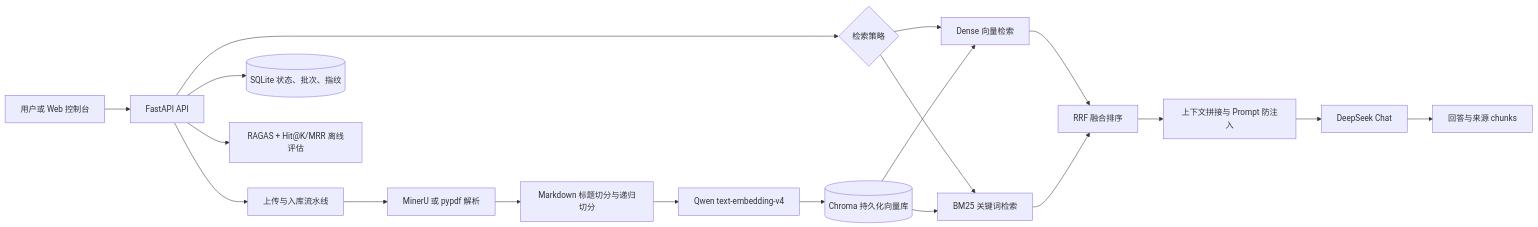
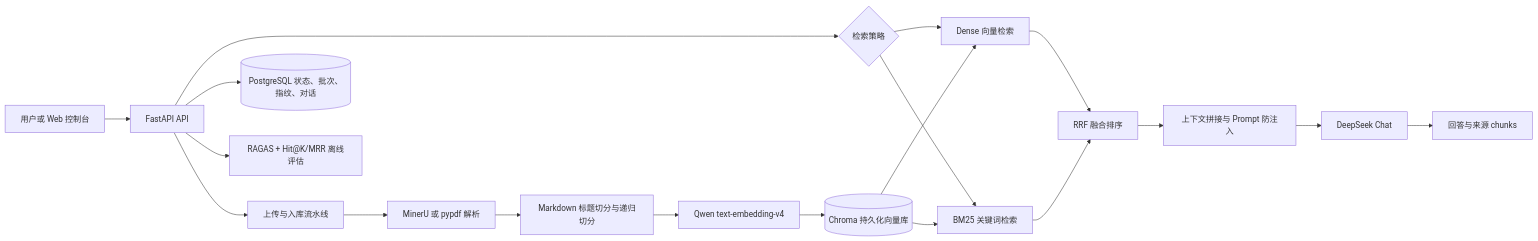
One commit to LutxOVO/enterprise-rag-agent changed the diagram in README.md. Above: the diagram before and after it, drawn with Mermaid. The commit also changed other lines of this file and 30 other files, not shown here.

Commit message:
feat: migrate runtime metadata to PostgreSQL

````diff
--- a/README.md
+++ b/README.md
@@ -11,21 +11,21 @@
 ```mermaid
 flowchart LR
     U[用户或 Web 控制台] --> API[FastAPI API]
     API --> INGEST[上传与入库流水线]
     INGEST --> PARSE[MinerU 或 pypdf 解析]
     PARSE --> SPLIT[Markdown 标题切分与递归切分]
     SPLIT --> EMB[Qwen text-embedding-v4]
     EMB --> CHROMA[(Chroma 持久化向量库)]
     API --> RETRIEVE{检索策略}
     RETRIEVE --> DENSE[Dense 向量检索]
     RETRIEVE --> BM25[BM25 关键词检索]
     DENSE --> RRF[RRF 融合排序]
     BM25 --> RRF
     CHROMA --> DENSE
     CHROMA --> BM25
     RRF --> PROMPT[上下文拼接与 Prompt 防注入]
     PROMPT --> LLM[DeepSeek Chat]
     LLM --> ANSWER[回答与来源 chunks]
-    API --> SQLITE[(SQLite 状态、批次、指纹)]
+    API --> POSTGRES[(PostgreSQL 状态、批次、指纹、对话)]
     API --> EVAL[RAGAS + Hit@K/MRR 离线评估]
 ```
````
